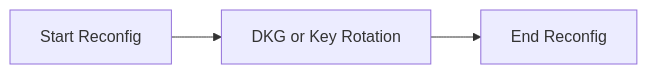
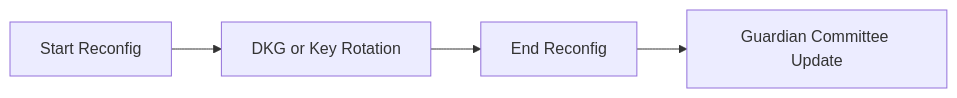
The first of 6 diagrams in design/docs/reconfiguration.mdx (MystenLabs/hashi), drawn with Mermaid before and after one commit. The commit also changed other lines of this file, not shown here.

````diff
--- a/design/docs/reconfiguration.mdx
+++ b/design/docs/reconfiguration.mdx
@@ -16,4 +16,4 @@
 ```mermaid
 graph LR
-    A[Start Reconfig] --> B[DKG or Key Rotation] --> C[End Reconfig]
+    A[Start Reconfig] --> B[DKG or Key Rotation] --> C[End Reconfig] --> D[Guardian Committee Update]
 ```
````
